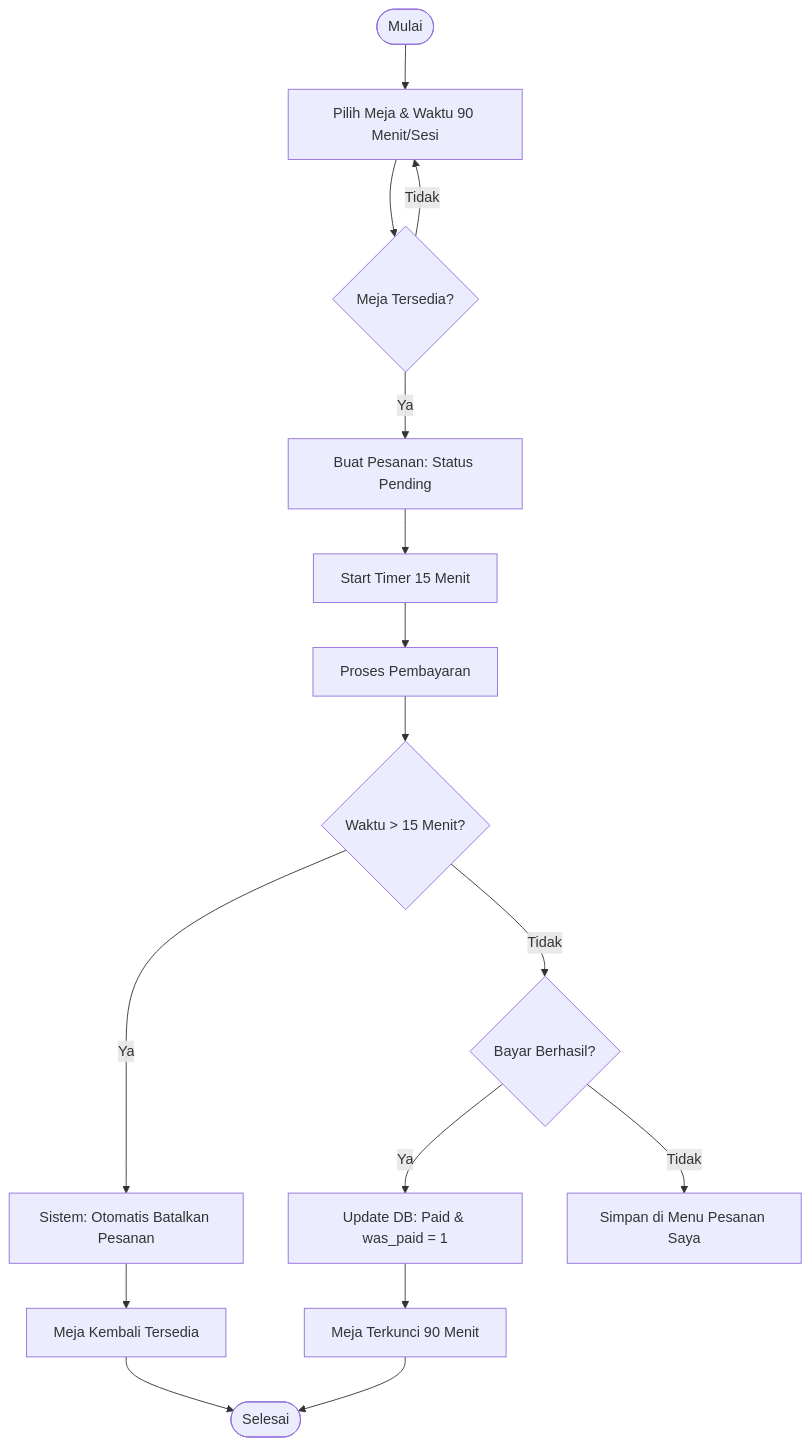
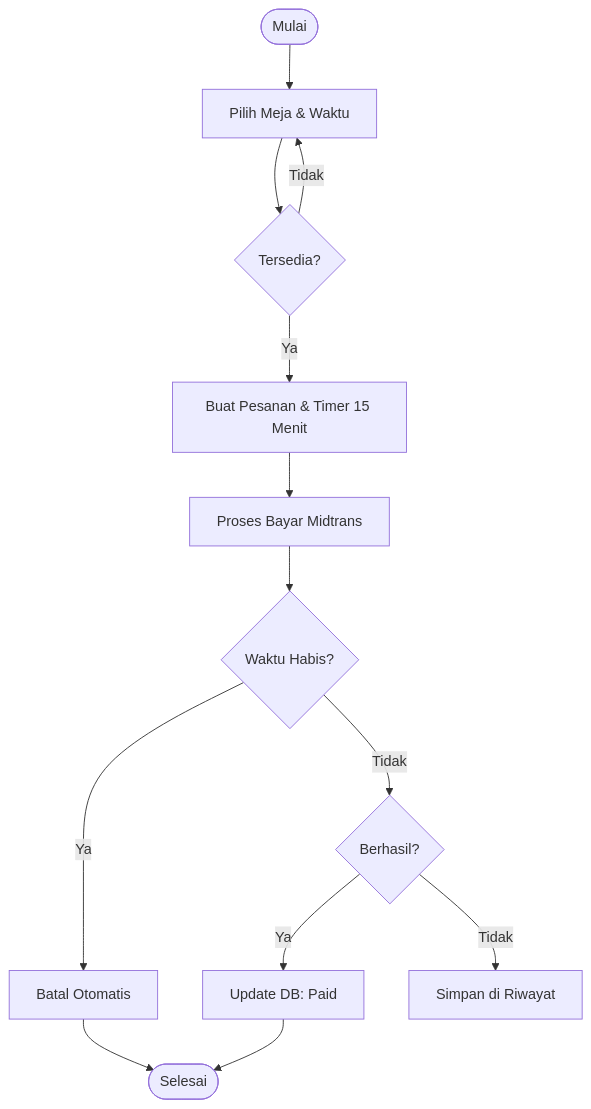
One commit to AkbarHusaini/website-reservasi-online-Ineri-suki changed the second of 6 diagrams in DIAGRAM.md. Above: the diagram before and after it, drawn with Mermaid. The commit also changed other lines of this file, not shown here.

Commit message:
docs: restructure sequence diagrams into per-feature sections

````diff
--- a/DIAGRAM.md
+++ b/DIAGRAM.md
@@ -53,24 +49,15 @@
 ```mermaid
 flowchart TD
-    Start([Mulai]) --> Select[Pilih Meja & Waktu 90 Menit/Sesi]
-    Select --> Validate{Meja Tersedia?}
-    
-    Validate -- Tidak --> Select
-    Validate -- Ya --> Order[Buat Pesanan: Status Pending]
-    
-    Order --> Timer[Start Timer 15 Menit]
-    Timer --> Payment[Proses Pembayaran]
-    
-    Payment --> CheckExp{Waktu > 15 Menit?}
-    CheckExp -- Ya --> AutoCancel[Sistem: Otomatis Batalkan Pesanan]
-    CheckExp -- Tidak --> Success{Bayar Berhasil?}
-    
-    Success -- Ya --> Paid[Update DB: Paid & was_paid = 1]
-    Success -- Tidak --> MyOrder[Simpan di Menu Pesanan Saya]
-    
-    Paid --> Confirmed[Meja Terkunci 90 Menit]
-    AutoCancel --> Release[Meja Kembali Tersedia]
-    
-    Confirmed --> End([Selesai])
-    Release --> End
+    Start([Mulai]) --> Browse[Pilih Meja & Waktu]
+    Browse --> Check{Tersedia?}
+    Check -- Tidak --> Browse
+    Check -- Ya --> Checkout[Buat Pesanan & Timer 15 Menit]
+    Checkout --> Pay[Proses Bayar Midtrans]
+    Pay --> Expire{Waktu Habis?}
+    Expire -- Ya --> Cancel[Batal Otomatis]
+    Expire -- Tidak --> Success{Berhasil?}
+    Success -- Ya --> Update[Update DB: Paid]
+    Success -- Tidak --> History[Simpan di Riwayat]
+    Update --> End([Selesai])
+    Cancel --> End
 ```
````
